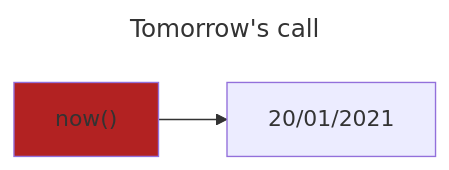
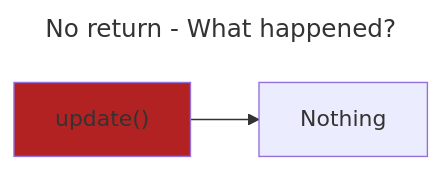
The fifth of 12 diagrams in structure.md (grierson/grierson), drawn with Mermaid before and after one commit. The commit also changed other lines of this file and 1 other file, not shown here.

````diff
--- a/structure.md
+++ b/structure.md
@@ -57,8 +88,8 @@
 ```mermaid
 ---
-title: Tomorrow's call
+title: No return - What happened?
 ---
 flowchart LR
   style Now fill:FireBrick
-  Now["now()"] --> 20/01/2021
+  Now["update()"] --> Nothing
 ```
````
